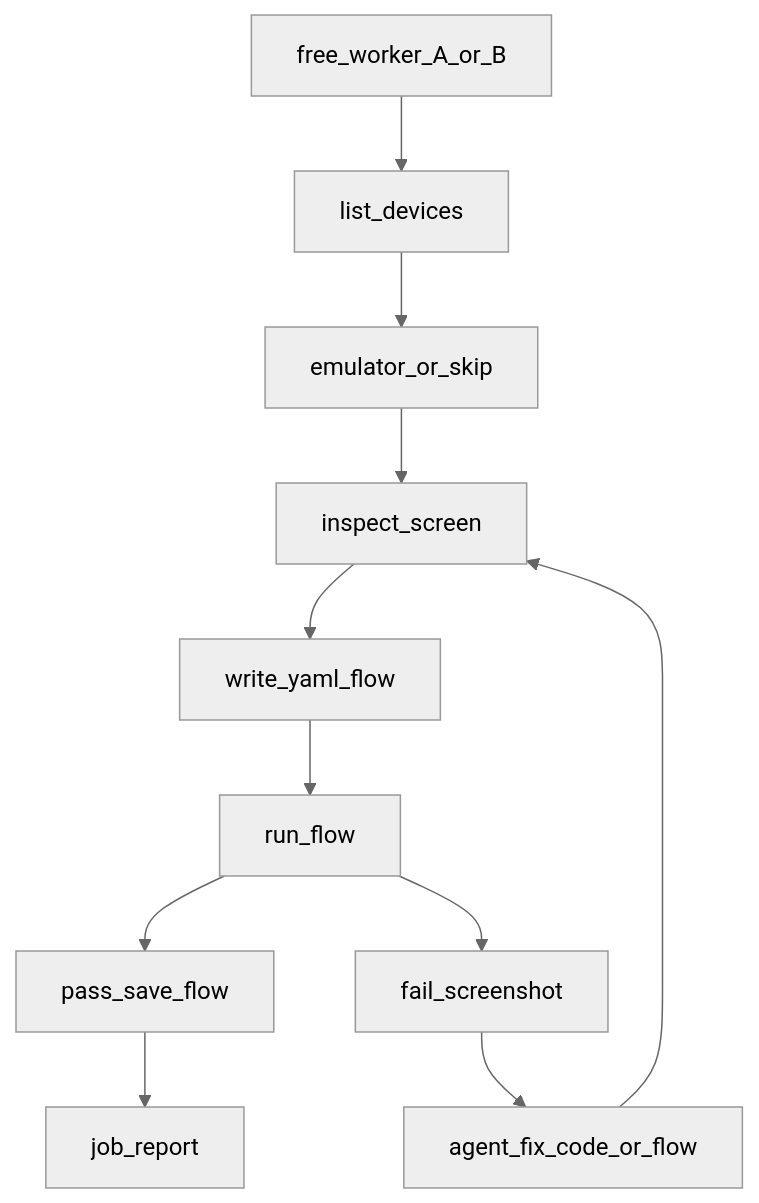
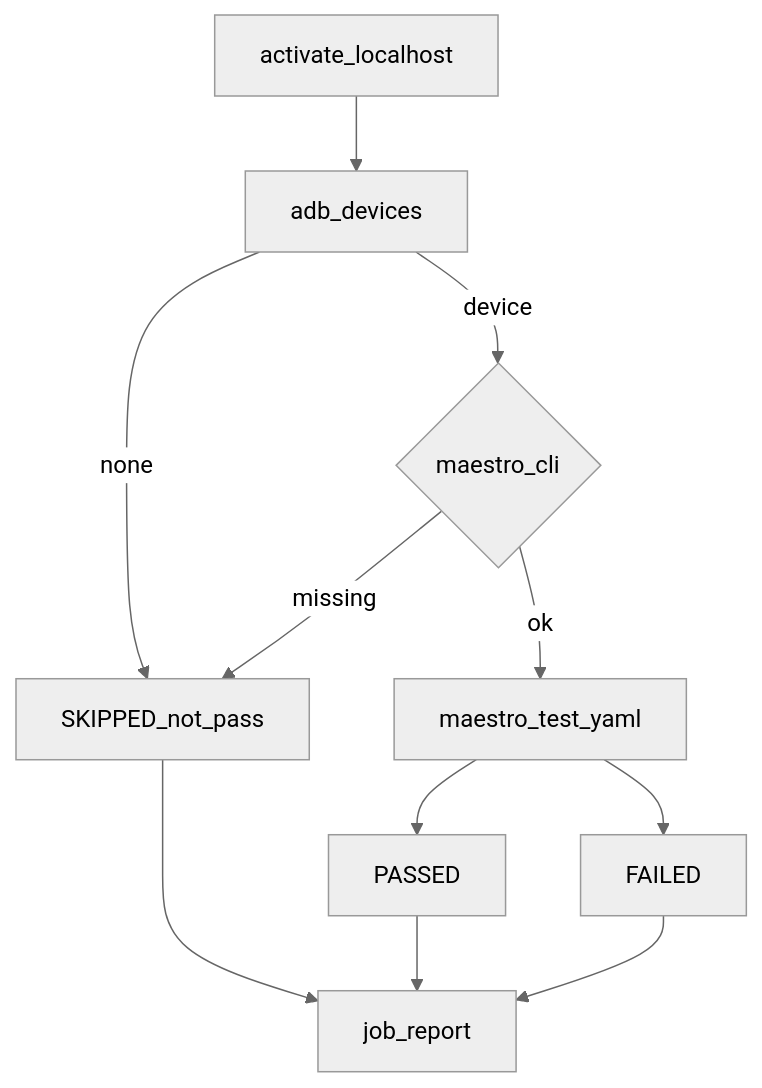
One commit to emrahyasinisik/Cherry changed the first of 2 diagrams in docs/maestro.md. Above: the diagram before and after it, drawn with Mermaid (neutral theme). The commit also changed other lines of this file and 42 other files, not shown here.

First line of the commit message:
Add local activate, Maestro run/skip, and bundled sidecars.

````diff
--- a/docs/maestro.md
+++ b/docs/maestro.md
@@ -21,13 +25,13 @@
 ```mermaid
 flowchart TB
-  Start[free_worker_A_or_B] --> List[list_devices]
-  List --> Boot[emulator_or_skip]
-  Boot --> Inspect[inspect_screen]
-  Inspect --> Write[write_yaml_flow]
-  Write --> Run[run_flow]
-  Run --> Pass[pass_save_flow]
-  Run --> Fail[fail_screenshot]
-  Fail --> Fix[agent_fix_code_or_flow]
-  Fix --> Inspect
-  Pass --> Report[job_report]
+  Start[activate_localhost] --> List[adb_devices]
+  List -->|none| Skip[SKIPPED_not_pass]
+  List -->|device| CLI{maestro_cli}
+  CLI -->|missing| Skip
+  CLI -->|ok| Run[maestro_test_yaml]
+  Run --> Pass[PASSED]
+  Run --> Fail[FAILED]
+  Skip --> Report[job_report]
+  Pass --> Report
+  Fail --> Report
 ```
````
